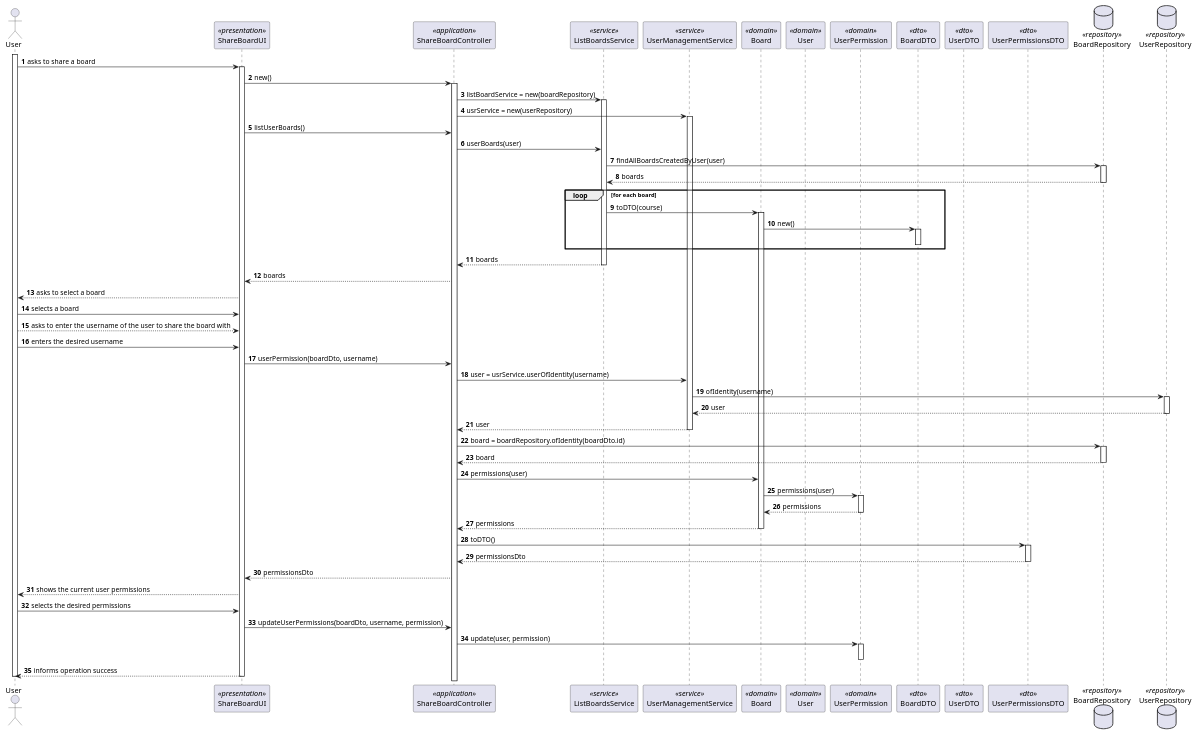
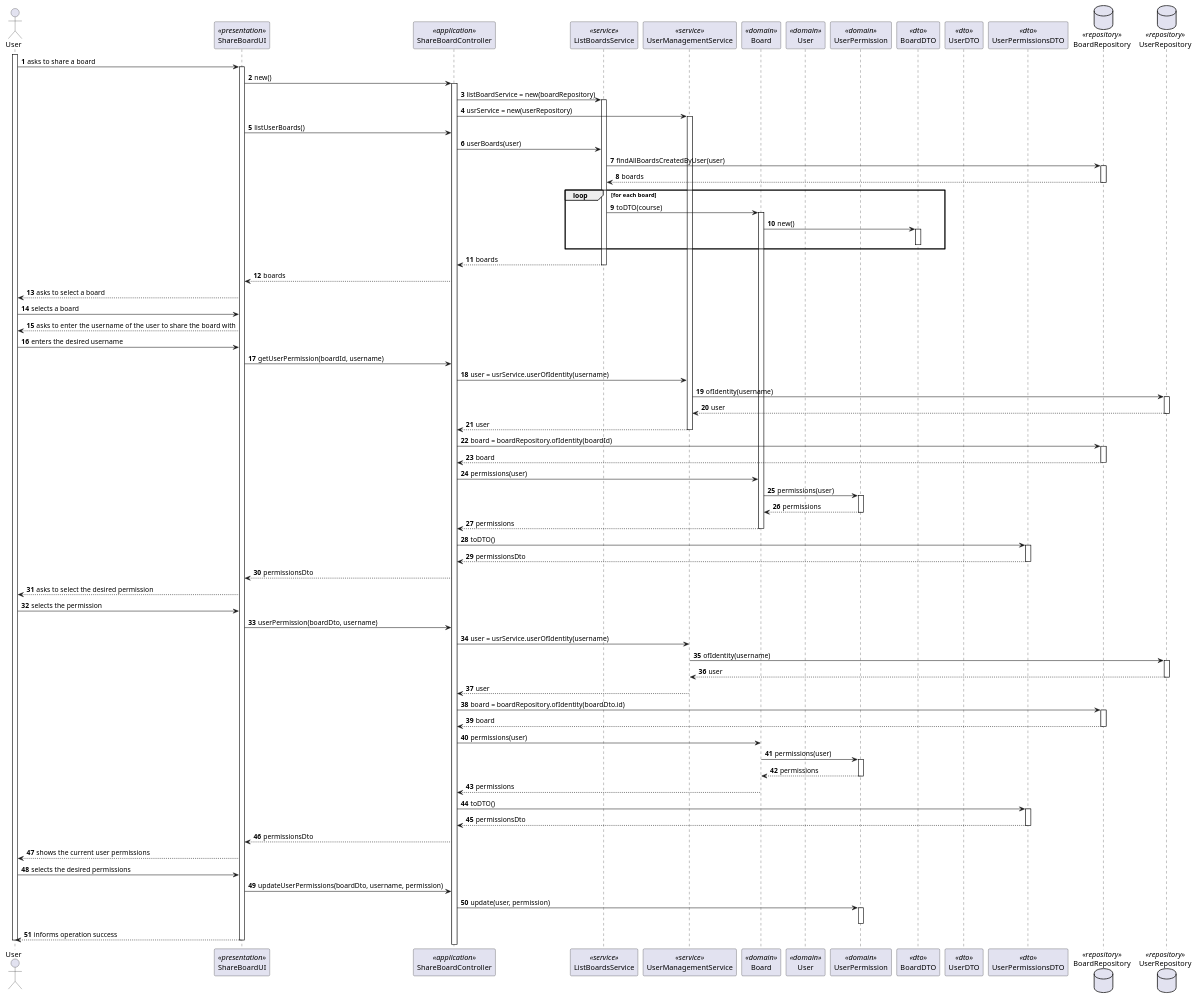
Before and after one commit to miseEnPlace-dev/lapr4: the diagram in docs/sprint-c/us29-3004/US3004_SD.puml, drawn with PlantUML.

Commit message:
docs(us-3004): updated sd
Refs: #58

```diff
--- a/docs/sprint-c/us29-3004/US3004_SD.puml
+++ b/docs/sprint-c/us29-3004/US3004_SD.puml
@@ -1,121 +1,158 @@
 @startuml US3004_SD
 autonumber
 
 actor "User" as U
 participant "ShareBoardUI" as UI <<presentation>>
 participant "ShareBoardController" as CTRL <<application>>
 participant "ListBoardsService" as BOARDSRV <<service>>
 participant "UserManagementService" as USRSRV <<service>>
 participant "Board" as B <<domain>>
 participant "User" as USER <<domain>>
 participant "UserPermission" as PERM <<domain>>
 participant "BoardDTO" as BDTO <<dto>>
 participant "UserDTO" as USERDTO <<dto>>
 participant "UserPermissionsDTO" as PERMDTO <<dto>>
 
 database BoardRepository as BOARDREP <<repository>>
 database UserRepository as USERREP <<repository>>
 
 activate U
 
 U -> UI : asks to share a board
 activate UI
   UI -> CTRL : new()
   activate CTRL
     CTRL -> BOARDSRV : listBoardService = new(boardRepository)
     activate BOARDSRV
     ' deactivate BOARDSRV
 
     CTRL -> USRSRV : usrService = new(userRepository)
     activate USRSRV
     ' deactivate USRSRV
   ' deactivate CTRL
 
   UI -> CTRL : listUserBoards()
   ' activate CTRL
     CTRL -> BOARDSRV : userBoards(user)
     ' activate BOARDSRV
       BOARDSRV -> BOARDREP : findAllBoardsCreatedByUser(user)
       activate BOARDREP
          BOARDSRV <-- BOARDREP : boards
       deactivate BOARDREP
 
       loop for each board
         BOARDSRV -> B : toDTO(course)
         activate B
           B -> BDTO : new()
           activate BDTO
           deactivate BDTO
         ' deactivate B
       end loop
 
       CTRL <-- BOARDSRV : boards
     deactivate BOARDSRV
     UI <-- CTRL : boards
   ' deactivate CTRL
 
   U <-- UI : asks to select a board
 ' deactivate UI
 
 U -> UI : selects a board
 ' activate UI
-  UI <-- U : asks to enter the username of the user to share the board with
+  U <-- UI : asks to enter the username of the user to share the board with
 ' deactivate UI
 
 U -> UI : enters the desired username
+' activate UI
+  UI -> CTRL : getUserPermission(boardId, username)
+  ' activate CTRL
+    CTRL -> USRSRV : user = usrService.userOfIdentity(username)
+    ' activate USRSRV
+      USRSRV -> USERREP : ofIdentity(username)
+      activate USERREP
+        USRSRV <-- USERREP : user
+      deactivate USERREP
+      CTRL <-- USRSRV : user
+    deactivate USRSRV
+
+    CTRL -> BOARDREP : board = boardRepository.ofIdentity(boardId)
+    activate BOARDREP
+      CTRL <-- BOARDREP : board
+    deactivate BOARDREP
+
+    CTRL -> B : permissions(user)
+    ' activate B
+      B -> PERM : permissions(user)
+      activate PERM
+        B <-- PERM : permissions
+      deactivate PERM
+      CTRL <-- B : permissions
+    deactivate B
+
+    CTRL -> PERMDTO : toDTO()
+    activate PERMDTO
+      CTRL <-- PERMDTO : permissionsDto
+    deactivate PERMDTO
+
+    UI <-- CTRL : permissionsDto
+
+  U <-- UI : asks to select the desired permission
+' deactivate UI
+
+U -> UI : selects the permission
 ' activate UI
 
   UI -> CTRL : userPermission(boardDto, username)
   ' activate CTRL
 
     CTRL -> USRSRV : user = usrService.userOfIdentity(username)
     ' activate USRSRV
 
       USRSRV -> USERREP : ofIdentity(username)
       activate USERREP
         USRSRV <-- USERREP : user
       deactivate USERREP
 
       CTRL <-- USRSRV : user
     deactivate USRSRV
 
     CTRL -> BOARDREP : board = boardRepository.ofIdentity(boardDto.id)
     activate BOARDREP
       CTRL <-- BOARDREP : board
     deactivate BOARDREP
 
     CTRL -> B : permissions(user)
     ' activate B
       B -> PERM : permissions(user)
       activate PERM
         B <-- PERM : permissions
       deactivate PERM
       CTRL <-- B : permissions
     deactivate B
 
     CTRL -> PERMDTO : toDTO()
     activate PERMDTO
       CTRL <-- PERMDTO : permissionsDto
     deactivate PERMDTO
 
     UI <-- CTRL : permissionsDto
   ' deactivate CTRL
 
   U <-- UI : shows the current user permissions
 ' deactivate UI
 
 U -> UI : selects the desired permissions
 ' activate UI
   UI -> CTRL : updateUserPermissions(boardDto, username, permission)
   ' activate CTRL
     CTRL -> PERM : update(user, permission)
     activate PERM
     deactivate PERM
   ' deactivate CTRL
 
   U <-- UI : informs operation success
 deactivate UI
 
 deactivate U
 
 @enduml
```
